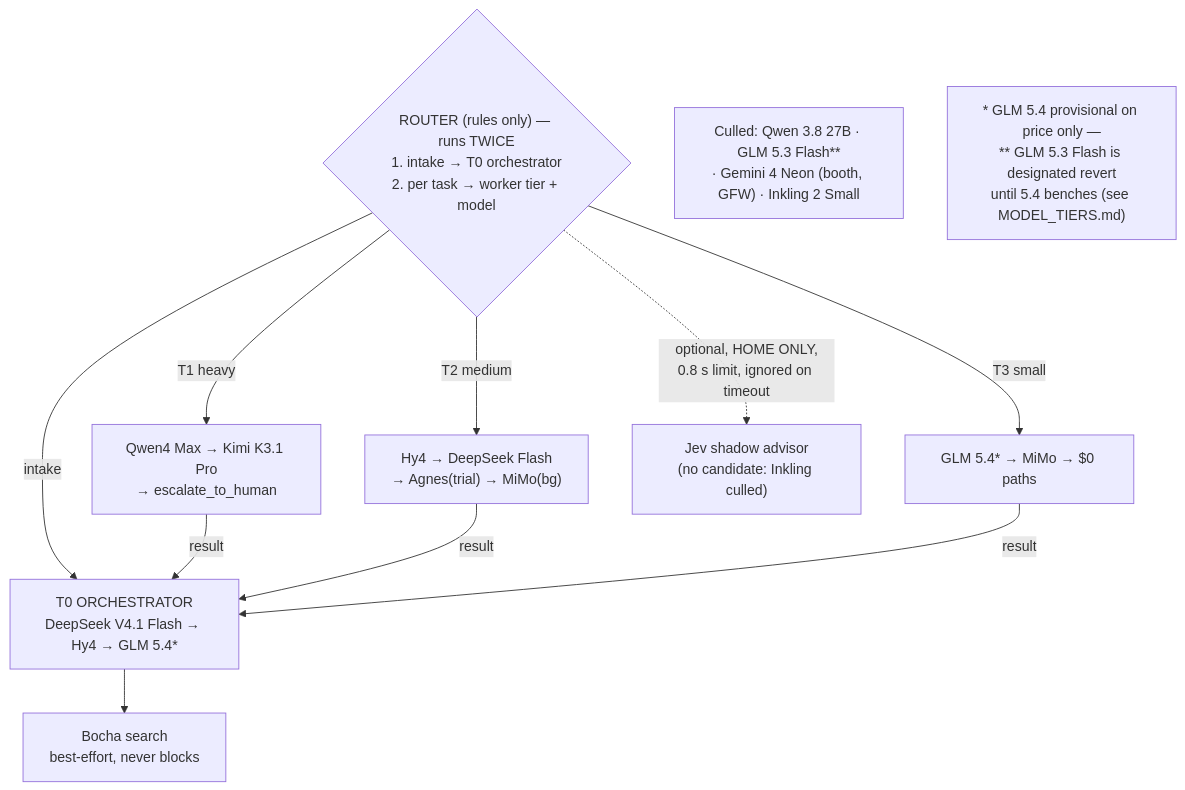
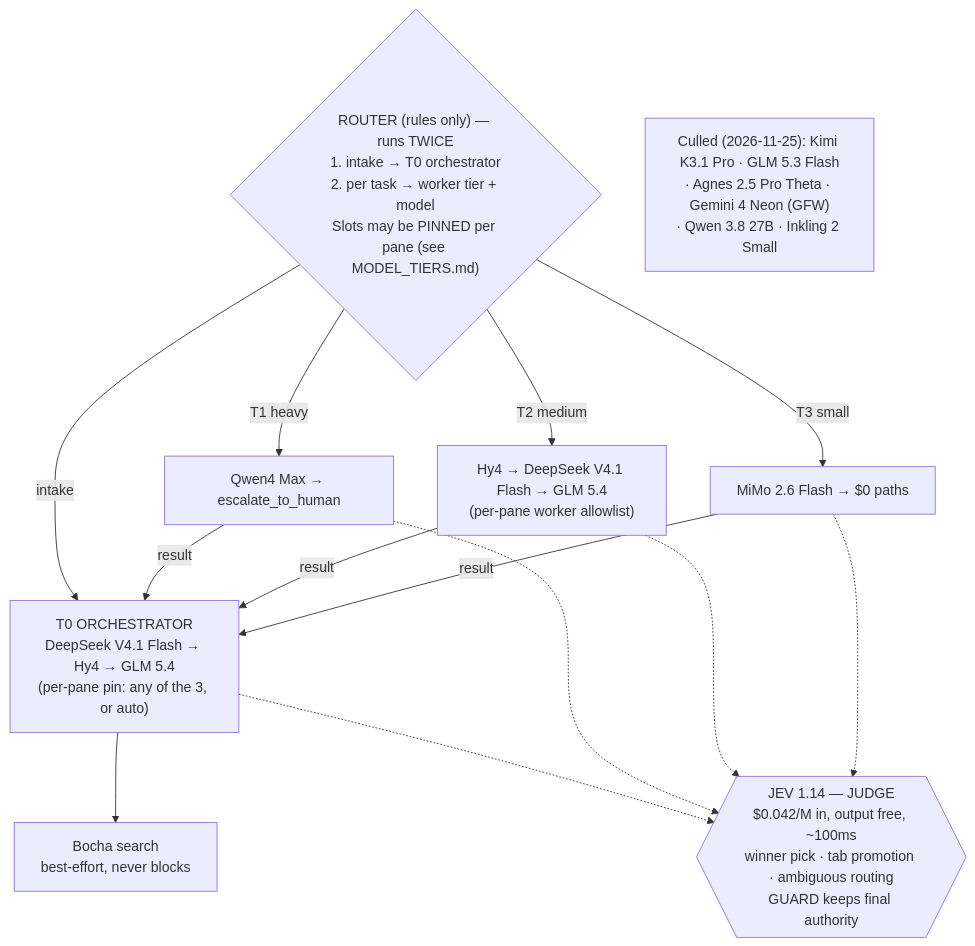
The sixth of 10 diagrams in docs/ARCHITECTURE_DIAGRAMS.md (Daijay/si-console), drawn with Mermaid before and after one commit. The commit also changed other lines of this file and 10 other files, not shown here.

Commit message:
docs: accept final model tiers, Jev judge, booth arena design and cost model; sync all docs

````diff
--- a/docs/ARCHITECTURE_DIAGRAMS.md
+++ b/docs/ARCHITECTURE_DIAGRAMS.md
@@ -228,16 +231,17 @@
 ```mermaid
 flowchart TB
-    R{"ROUTER (rules only) — runs TWICE<br/>1. intake → T0 orchestrator<br/>2. per task → worker tier + model"}
+    R{"ROUTER (rules only) — runs TWICE<br/>1. intake → T0 orchestrator<br/>2. per task → worker tier + model<br/>Slots may be PINNED per pane (see MODEL_TIERS.md)"}
 
-    R -->|intake| T0["T0 ORCHESTRATOR<br/>DeepSeek V4.1 Flash → Hy4 → GLM 5.4*"]
+    R -->|intake| T0["T0 ORCHESTRATOR<br/>DeepSeek V4.1 Flash → Hy4 → GLM 5.4<br/>(per-pane pin: any of the 3, or auto)"]
 
-    R -->|T3 small| T3["GLM 5.4* → MiMo → $0 paths"]
-    R -->|T2 medium| T2["Hy4 → DeepSeek Flash<br/>→ Agnes(trial) → MiMo(bg)"]
-    R -->|T1 heavy| T1["Qwen4 Max → Kimi K3.1 Pro<br/>→ escalate_to_human"]
+    R -->|T3 small| T3["MiMo 2.6 Flash → $0 paths"]
+    R -->|T2 medium| T2["Hy4 → DeepSeek V4.1 Flash → GLM 5.4<br/>(per-pane worker allowlist)"]
+    R -->|T1 heavy| T1["Qwen4 Max → escalate_to_human"]
 
     T1 & T2 & T3 -->|result| T0
     T0 --> B["Bocha search<br/>best-effort, never blocks"]
-    R -.->|"optional, HOME ONLY,<br/>0.8 s limit, ignored on timeout"| J["Jev shadow advisor<br/>(no candidate: Inkling culled)"]
-    CULL["Culled: Qwen 3.8 27B · GLM 5.3 Flash**<br/>· Gemini 4 Neon (booth, GFW) · Inkling 2 Small"]
-    NOTE["* GLM 5.4 provisional on price only —<br/>** GLM 5.3 Flash is designated revert<br/>until 5.4 benches (see MODEL_TIERS.md)"]
+    J{{"JEV 1.14 — JUDGE<br/>$0.042/M in, output free, ~100ms<br/>winner pick · tab promotion · ambiguous routing<br/>GUARD keeps final authority"}}
+    T0 -.-> J
+    T1 & T2 & T3 -.-> J
+    CULL["Culled (2026-11-25): Kimi K3.1 Pro · GLM 5.3 Flash<br/>· Agnes 2.5 Pro Theta · Gemini 4 Neon (GFW)<br/>· Qwen 3.8 27B · Inkling 2 Small"]
 ```
````
